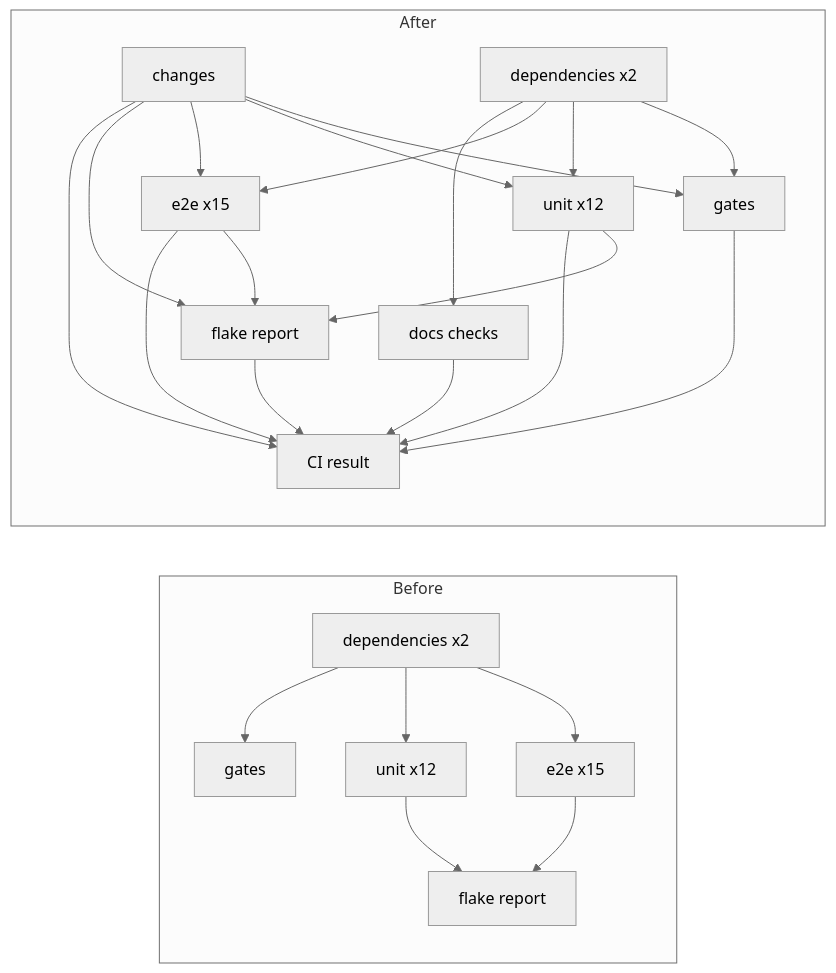
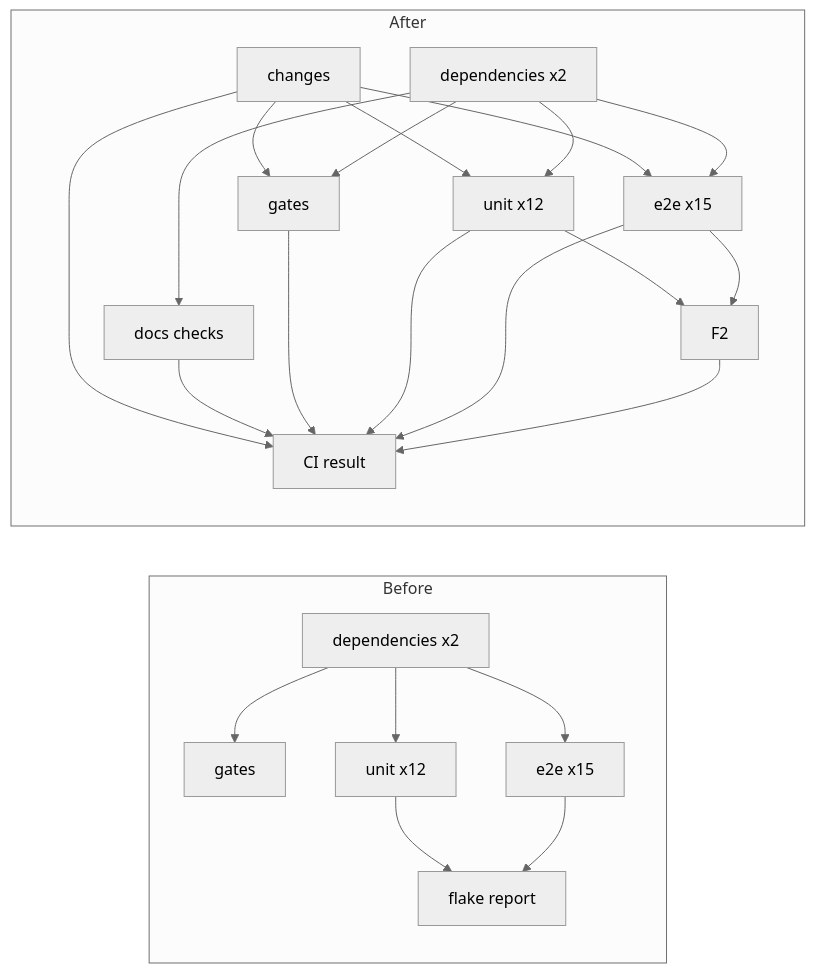
One commit to ramiro314/mission-control changed the diagram in docs/plans/docs-only-ci/plan.md. Above: the diagram before and after it, drawn with Mermaid (neutral theme). The commit also changed other lines of this file and 2 other files, not shown here.

First line of the commit message:
docs(plans): keep flake report running on docs-only PRs, test both step scripts

````diff
--- a/docs/plans/docs-only-ci/plan.md
+++ b/docs/plans/docs-only-ci/plan.md
@@ -74,28 +107,27 @@
 ```mermaid
 flowchart LR
   subgraph Before
     D1[dependencies x2] --> G1[gates]
     D1 --> U1[unit x12]
     D1 --> E1[e2e x15]
     U1 --> F1[flake report]
     E1 --> F1
   end
   subgraph After
     C[changes] --> G2[gates]
     C --> U2[unit x12]
     C --> E2[e2e x15]
-    C --> F2[flake report]
     D2[dependencies x2] --> G2
     D2 --> U2
     D2 --> E2
     D2 --> K[docs checks]
     U2 --> F2
     E2 --> F2
     C --> R[CI result]
     K --> R
     G2 --> R
     U2 --> R
     E2 --> R
     F2 --> R
   end
 ```
````
